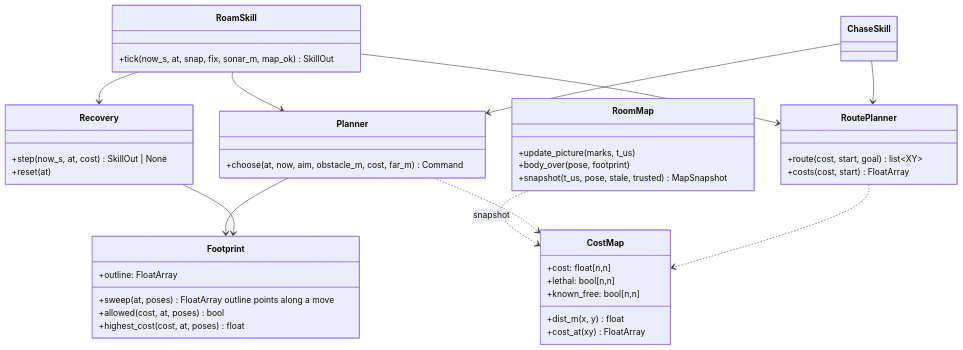
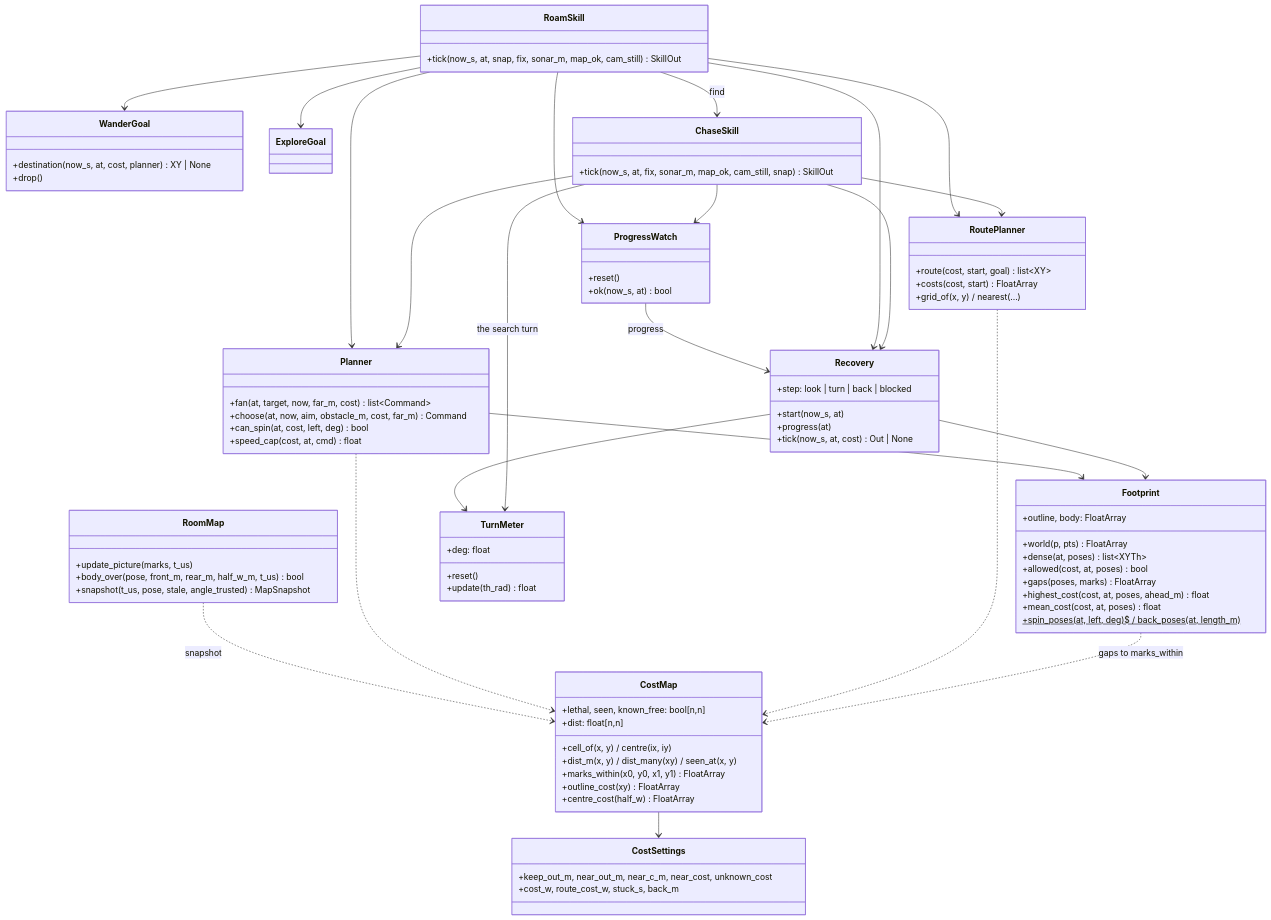
One commit to mannuray/conqueror changed diagram 26 of 29 in docs/lld/ai-engine-lld.md. Above: the diagram before and after it, drawn with Mermaid. The commit also changed other lines of this file and 2 other files, not shown here.

Commit message:
docs: Z6 review - one body rule, B dropped, docs match the code (LLD §18.13, design-notes §171-§172)

````diff
--- a/docs/lld/ai-engine-lld.md
+++ b/docs/lld/ai-engine-lld.md
@@ -1647,45 +1649,88 @@
 classDiagram
   class RoomMap {
     +update_picture(marks, t_us)
-    +body_over(pose, footprint)
-    +snapshot(t_us, pose, stale, trusted) MapSnapshot
+    +body_over(pose, front_m, rear_m, half_w_m, t_us) bool
+    +snapshot(t_us, pose, stale, angle_trusted) MapSnapshot
+  }
+  class CostSettings {
+    +keep_out_m, near_out_m, near_c_m, near_cost, unknown_cost
+    +cost_w, route_cost_w, stuck_s, back_m
   }
   class CostMap {
-    +cost: float[n,n]
-    +lethal: bool[n,n]
-    +known_free: bool[n,n]
-    +dist_m(x, y) float
-    +cost_at(xy) FloatArray
+    +lethal, seen, known_free: bool[n,n]
+    +dist: float[n,n]
+    +cell_of(x, y) / centre(ix, iy)
+    +dist_m(x, y) / dist_many(xy) / seen_at(x, y)
+    +marks_within(x0, y0, x1, y1) FloatArray
+    +outline_cost(xy) FloatArray
+    +centre_cost(half_w) FloatArray
   }
   class Footprint {
-    +outline: FloatArray
-    +sweep(at, poses) FloatArray  outline points along a move
+    +outline, body: FloatArray
+    +world(p, pts) FloatArray
+    +dense(at, poses) list~XYTh~
     +allowed(cost, at, poses) bool
-    +highest_cost(cost, at, poses) float
+    +gaps(poses, marks) FloatArray
+    +highest_cost(cost, at, poses, ahead_m) float
+    +mean_cost(cost, at, poses) float
+    +spin_poses(at, left, deg)$ / back_poses(at, length_m)$
   }
   class Planner {
+    +fan(at, target, now, far_m, cost) list~Command~
     +choose(at, now, aim, obstacle_m, cost, far_m) Command
+    +can_spin(at, cost, left, deg) bool
+    +speed_cap(cost, at, cmd) float
   }
   class RoutePlanner {
     +route(cost, start, goal) list~XY~
     +costs(cost, start) FloatArray
+    +grid_of(x, y) / nearest(...)
   }
   class Recovery {
-    +step(now_s, at, cost) SkillOut | None
-    +reset(at)
+    +step: look | turn | back | blocked
+    +start(now_s, at)
+    +progress(at)
+    +tick(now_s, at, cost) Out | None
   }
+  class ProgressWatch {
+    +reset()
+    +ok(now_s, at) bool
+  }
+  class TurnMeter {
+    +deg: float
+    +reset()
+    +update(th_rad) float
+  }
+  class WanderGoal {
+    +destination(now_s, at, cost, planner) XY | None
+    +drop()
+  }
+  class ExploreGoal
   class RoamSkill {
-    +tick(now_s, at, snap, fix, sonar_m, map_ok) SkillOut
+    +tick(now_s, at, snap, fix, sonar_m, map_ok, cam_still) SkillOut
   }
-  class ChaseSkill
+  class ChaseSkill {
+    +tick(now_s, at, fix, sonar_m, map_ok, cam_still, snap) SkillOut
+  }
   RoomMap ..> CostMap : snapshot
+  CostMap --> CostSettings
   Planner --> Footprint
   Recovery --> Footprint
+  Recovery --> TurnMeter
+  ProgressWatch --> Recovery : progress
   RoamSkill --> Planner
   RoamSkill --> RoutePlanner
   RoamSkill --> Recovery
+  RoamSkill --> ProgressWatch
+  RoamSkill --> WanderGoal
+  RoamSkill --> ExploreGoal
+  RoamSkill --> ChaseSkill : find
   ChaseSkill --> Planner
   ChaseSkill --> RoutePlanner
+  ChaseSkill --> Recovery
+  ChaseSkill --> ProgressWatch
+  ChaseSkill --> TurnMeter : the search turn
   Planner ..> CostMap
   RoutePlanner ..> CostMap
+  Footprint ..> CostMap : gaps to marks_within
 ```
````
